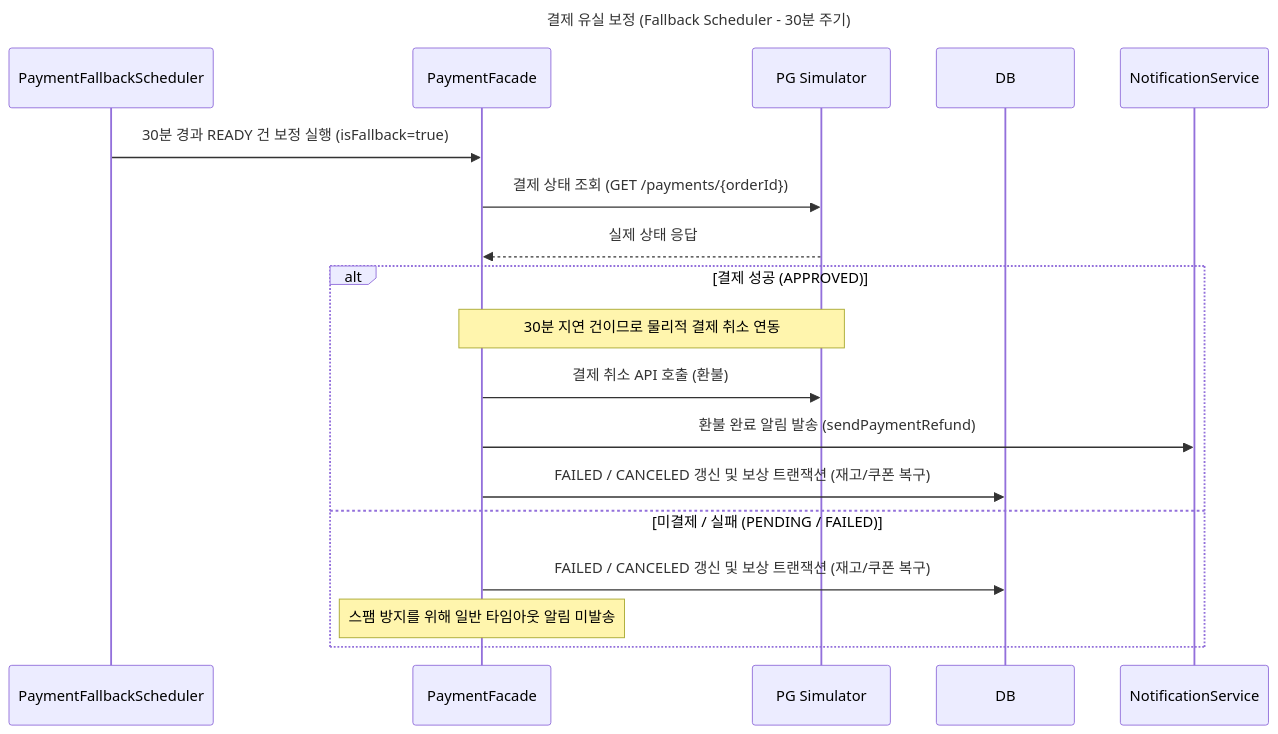
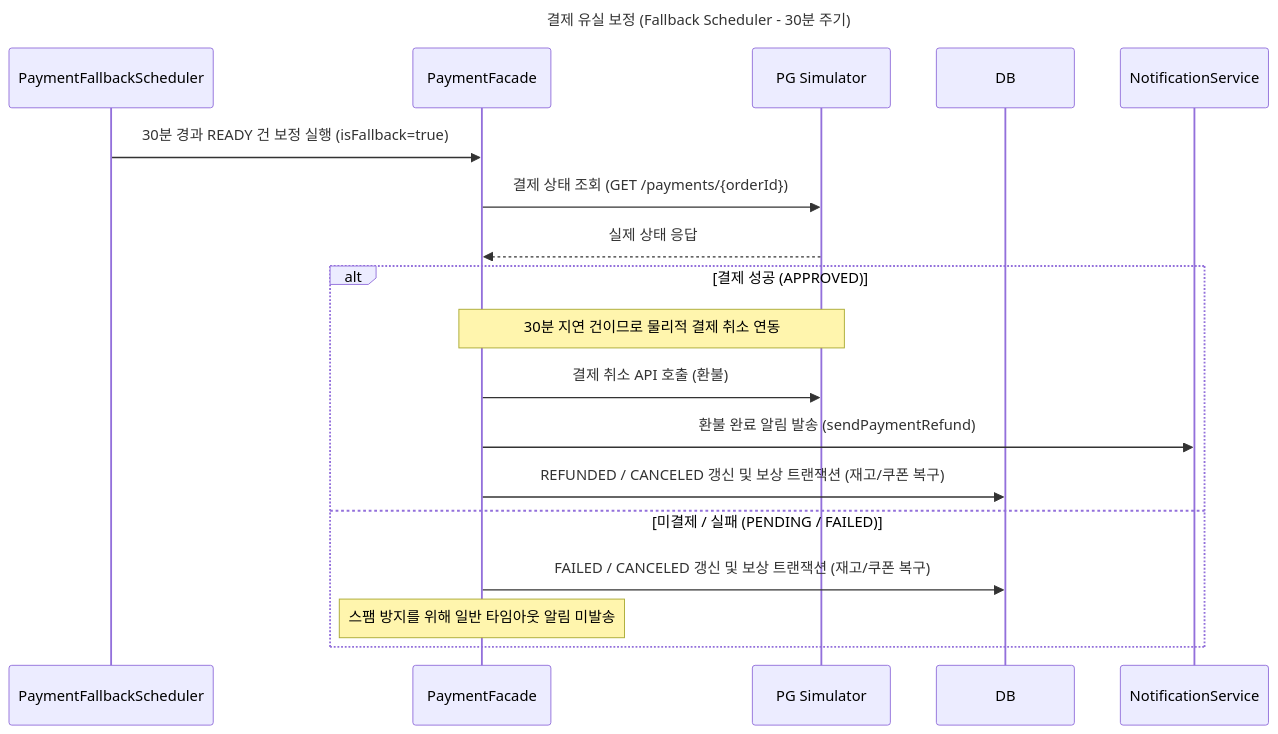
The ninth of 12 diagrams in docs/week2/02-sequence-diagrams.md (eelseungmin/loop-pack-be-l2-vol4-java), drawn with Mermaid before and after one commit. The commit also changed other lines of this file and 4 other files, not shown here.

````diff
--- a/docs/week2/02-sequence-diagrams.md
+++ b/docs/week2/02-sequence-diagrams.md
@@ -398,23 +394,23 @@
 ```mermaid
 sequenceDiagram
     title 결제 유실 보정 (Fallback Scheduler - 30분 주기)
     participant Scheduler as PaymentFallbackScheduler
     participant Facade as PaymentFacade
     participant PG as PG Simulator
     participant DB
     participant Notification as NotificationService
 
     Scheduler->>Facade: 30분 경과 READY 건 보정 실행 (isFallback=true)
     Facade->>PG: 결제 상태 조회 (GET /payments/{orderId})
     PG-->>Facade: 실제 상태 응답
     
     alt 결제 성공 (APPROVED)
         Note over Facade, PG: 30분 지연 건이므로 물리적 결제 취소 연동
         Facade->>PG: 결제 취소 API 호출 (환불)
         Facade->>Notification: 환불 완료 알림 발송 (sendPaymentRefund)
-        Facade->>DB: FAILED / CANCELED 갱신 및 보상 트랜잭션 (재고/쿠폰 복구)
+        Facade->>DB: REFUNDED / CANCELED 갱신 및 보상 트랜잭션 (재고/쿠폰 복구)
     else 미결제 / 실패 (PENDING / FAILED)
         Facade->>DB: FAILED / CANCELED 갱신 및 보상 트랜잭션 (재고/쿠폰 복구)
         Note over Facade: 스팸 방지를 위해 일반 타임아웃 알림 미발송
     end
 ```
````
